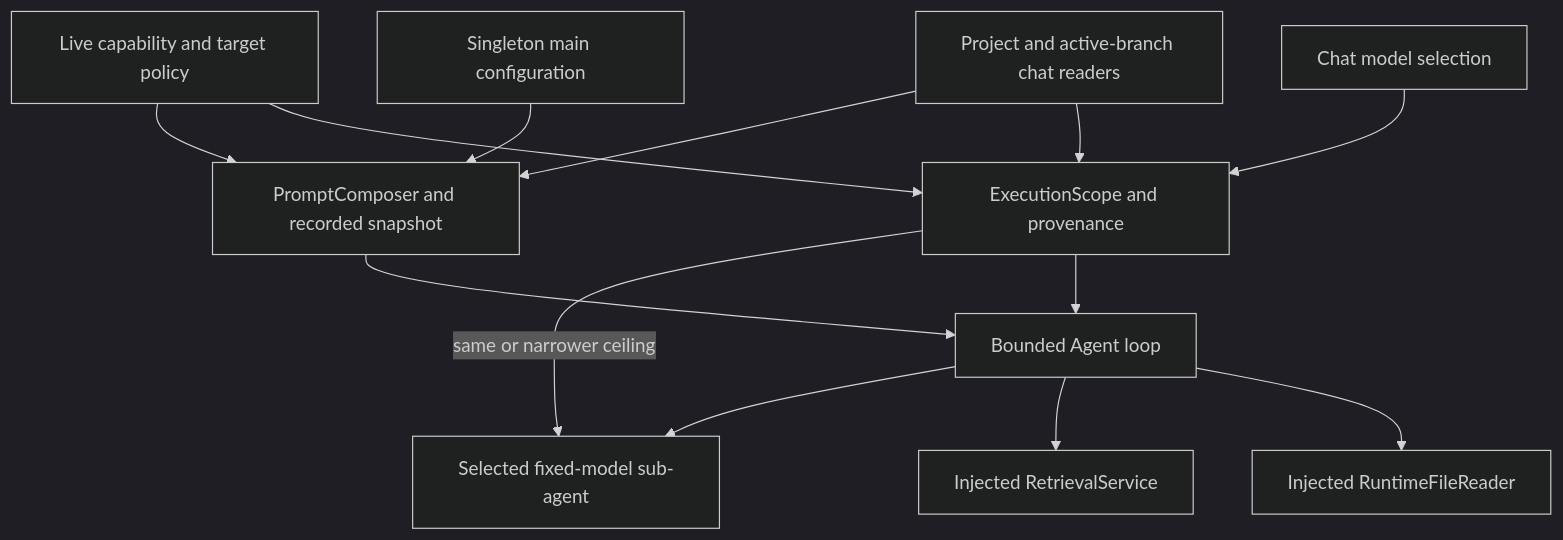
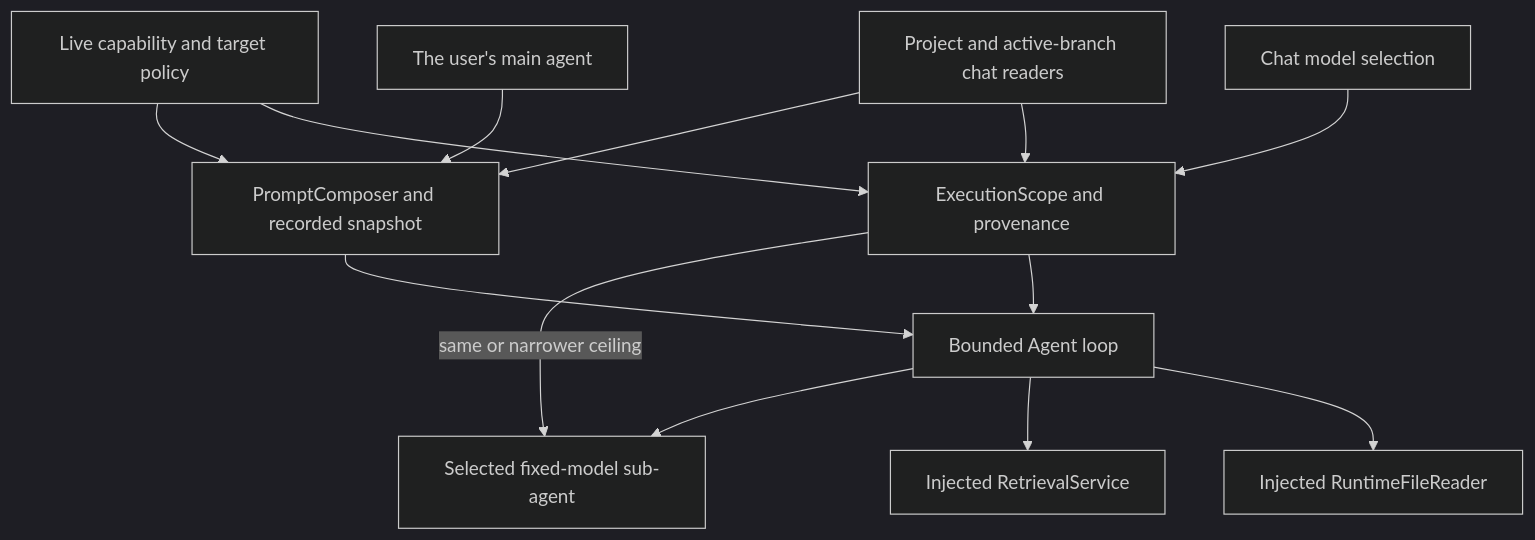
Before and after one commit to dbracewell/Asterism: the first of 2 diagrams in docs/architecture/agent-runtime.md, drawn with Mermaid (dark theme). The commit also changed other lines of this file and 11 other files, not shown here.

First line of the commit message:
docs: final consistency pass for the architecture guides (US-87.7)

````diff
--- a/docs/architecture/agent-runtime.md
+++ b/docs/architecture/agent-runtime.md
@@ -43,25 +43,25 @@
 ```mermaid
 flowchart TD
-    Settings[Singleton main configuration]
+    Settings[The user's main agent]
     Model[Chat model selection]
     Readers[Project and active-branch chat readers]
     Policy[Live capability and target policy]
     Prompt[PromptComposer and recorded snapshot]
     Scope[ExecutionScope and provenance]
     Agent[Bounded Agent loop]
     Files[Injected RuntimeFileReader]
     Search[Injected RetrievalService]
     Child[Selected fixed-model sub-agent]
     Settings --> Prompt
     Model --> Scope
     Readers --> Scope
     Readers --> Prompt
     Policy --> Scope
     Policy --> Prompt
     Scope --> Agent
     Prompt --> Agent
     Agent --> Files
     Agent --> Search
     Agent --> Child
     Scope -->|same or narrower ceiling| Child
 ```
````
